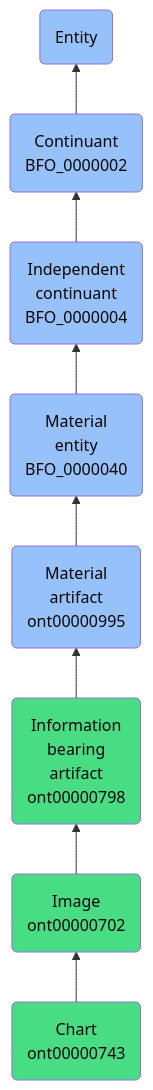
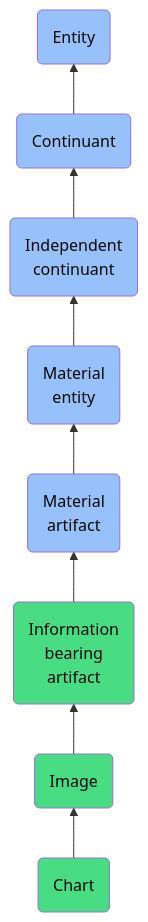
The diagram in docs/ontology/reference/model/Entity/Continuant/Independent continuant/Material entity/Material artifact/Information bearing artifact/Image/Chart/Chart.md (jupyter-naas/abi), drawn with Mermaid before and after one commit. The commit also changed other lines of this file and 1430 other files, not shown here.

````diff
--- a/docs/ontology/reference/model/Entity/Continuant/Independent continuant/Material entity/Material artifact/Information bearing artifact/Image/Chart/Chart.md
+++ b/docs/ontology/reference/model/Entity/Continuant/Independent continuant/Material entity/Material artifact/Information bearing artifact/Image/Chart/Chart.md
@@ -24,15 +24,15 @@
 ```mermaid
 graph BT
-    ont00000743(Chart<br>ont00000743):::ABI-->ont00000702
-    ont00000702(Image<br>ont00000702):::ABI-->ont00000798
-    ont00000798(Information<br>bearing<br>artifact<br>ont00000798):::ABI-->ont00000995
-    ont00000995(Material<br>artifact<br>ont00000995):::BFO-->BFO_0000040
-    BFO_0000040(Material<br>entity<br>BFO_0000040):::BFO-->BFO_0000004
-    BFO_0000004(Independent<br>continuant<br>BFO_0000004):::BFO-->BFO_0000002
-    BFO_0000002(Continuant<br>BFO_0000002):::BFO-->BFO_0000001
+    ont00000743(Chart):::ABI-->ont00000702
+    ont00000702(Image):::ABI-->ont00000798
+    ont00000798(Information<br>bearing<br>artifact):::ABI-->ont00000995
+    ont00000995(Material<br>artifact):::BFO-->BFO_0000040
+    BFO_0000040(Material<br>entity):::BFO-->BFO_0000004
+    BFO_0000004(Independent<br>continuant):::BFO-->BFO_0000002
+    BFO_0000002(Continuant):::BFO-->BFO_0000001
     BFO_0000001(Entity):::BFO
     
     classDef BFO fill:#97c1fb,color:#060606
     classDef CCO fill:#e4c51e,color:#060606
     classDef ABI fill:#48DD82,color:#060606
 ```
````
